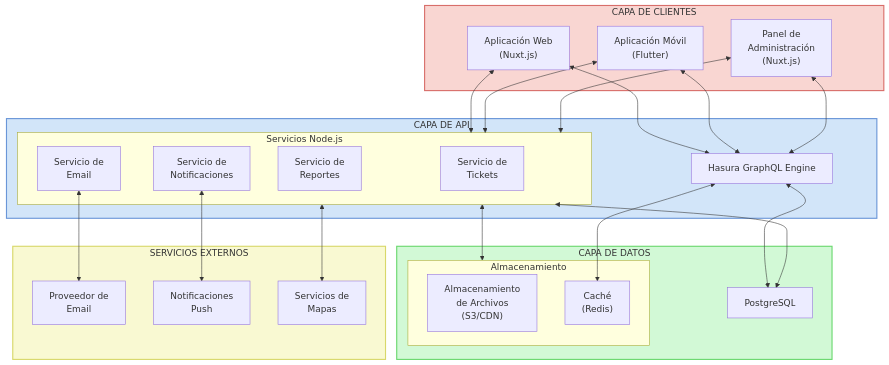
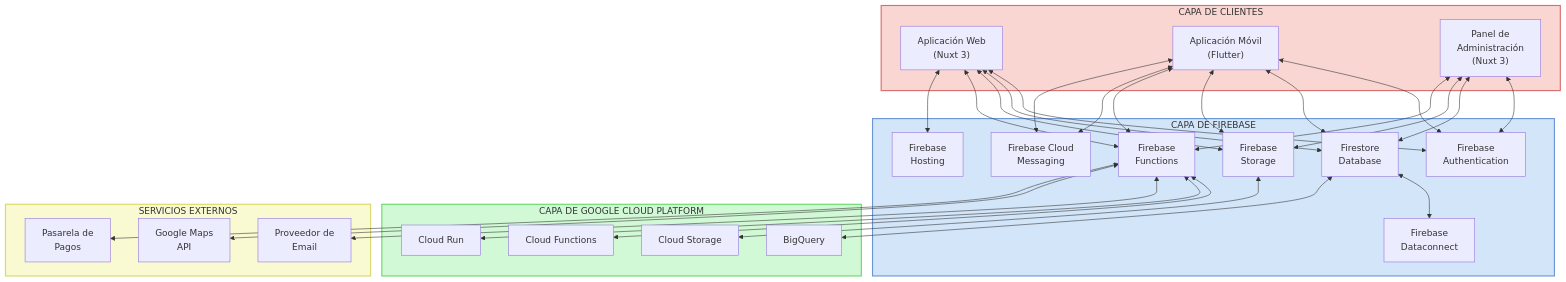
Before and after one commit to rinostrozacl/FarmaciaDescuento: the diagram in docs/implementacion/arquitectura_tecnica.md, drawn with Mermaid. The commit also changed other lines of this file and 167 other files, not shown here.

````diff
--- a/docs/implementacion/arquitectura_tecnica.md
+++ b/docs/implementacion/arquitectura_tecnica.md
@@ -33,65 +52,76 @@
 ```mermaid
 flowchart TD
     %% Definición de estilos
     classDef clientLayer fill:#f9d6d2,stroke:#d86e6a,stroke-width:2px
-    classDef apiLayer fill:#d2e5f9,stroke:#6a96d8,stroke-width:2px
-    classDef dataLayer fill:#d2f9d6,stroke:#6ad86e,stroke-width:2px
+    classDef firebaseLayer fill:#d2e5f9,stroke:#6a96d8,stroke-width:2px
+    classDef gcpLayer fill:#d2f9d6,stroke:#6ad86e,stroke-width:2px
     classDef serviceLayer fill:#f9f9d2,stroke:#d8d86a,stroke-width:2px
     
     %% Capa de Clientes
     subgraph ClientLayer["CAPA DE CLIENTES"]
-        WebApp["Aplicación Web<br>(Nuxt.js)"]
+        WebApp["Aplicación Web<br>(Nuxt 3)"]
         MobileApp["Aplicación Móvil<br>(Flutter)"]
-        AdminPanel["Panel de<br>Administración<br>(Nuxt.js)"]
+        AdminPanel["Panel de<br>Administración<br>(Nuxt 3)"]
     end
     
-    %% Capa de API
-    subgraph APILayer["CAPA DE API"]
-        HasuraEngine["Hasura GraphQL Engine"]
-        subgraph NodeServices["Servicios Node.js"]
-            TicketService["Servicio de<br>Tickets"]
-            NotificationService["Servicio de<br>Notificaciones"]
-            ReportingService["Servicio de<br>Reportes"]
-            EmailService["Servicio de<br>Email"]
-        end
+    %% Capa de Firebase
+    subgraph FirebaseLayer["CAPA DE FIREBASE"]
+        Auth["Firebase<br>Authentication"]
+        Firestore["Firestore<br>Database"]
+        Storage["Firebase<br>Storage"]
+        Functions["Firebase<br>Functions"]
+        Hosting["Firebase<br>Hosting"]
+        FCM["Firebase Cloud<br>Messaging"]
+        Dataconnect["Firebase<br>Dataconnect"]
     end
     
-    %% Capa de Datos
-    subgraph DataLayer["CAPA DE DATOS"]
-        PostgreSQL["PostgreSQL"]
-        subgraph Storage["Almacenamiento"]
-            S3["Almacenamiento<br>de Archivos<br>(S3/CDN)"]
-            Redis["Caché<br>(Redis)"]
-        end
+    %% Capa de GCP
+    subgraph GCPLayer["CAPA DE GOOGLE CLOUD PLATFORM"]
+        CloudRun["Cloud Run"]
+        CloudFunctions["Cloud Functions"]
+        BigQuery["BigQuery"]
+        CloudStorage["Cloud Storage"]
     end
     
     %% Servicios Externos
     subgraph ExternalServices["SERVICIOS EXTERNOS"]
         EmailProvider["Proveedor de<br>Email"]
-        PushNotifications["Notificaciones<br>Push"]
-        Maps["Servicios de<br>Mapas"]
+        Maps["Google Maps<br>API"]
+        PaymentGateway["Pasarela de<br>Pagos"]
     end
     
     %% Conexiones
-    WebApp <--> HasuraEngine
-    WebApp <--> NodeServices
-    MobileApp <--> HasuraEngine
-    MobileApp <--> NodeServices
-    AdminPanel <--> HasuraEngine
-    AdminPanel <--> NodeServices
+    WebApp <--> Auth
+    WebApp <--> Firestore
+    WebApp <--> Storage
+    WebApp <--> Functions
+    WebApp <--> Hosting
     
-    HasuraEngine <--> PostgreSQL
-    NodeServices <--> PostgreSQL
-    NodeServices <--> Storage
-    HasuraEngine <--> Redis
+    MobileApp <--> Auth
+    MobileApp <--> Firestore
+    MobileApp <--> Storage
+    MobileApp <--> Functions
+    MobileApp <--> FCM
     
-    NotificationService <--> PushNotifications
-    EmailService <--> EmailProvider
-    NodeServices <--> Maps
+    AdminPanel <--> Auth
+    AdminPanel <--> Firestore
+    AdminPanel <--> Storage
+    AdminPanel <--> Functions
+    
+    Firestore <--> Dataconnect
+    Functions <--> CloudFunctions
+    Functions <--> CloudRun
+    Firestore <--> BigQuery
+    Storage <--> CloudStorage
+    
+    Functions <--> EmailProvider
+    Functions <--> Maps
+    Functions <--> PaymentGateway
+    FCM <--> MobileApp
     
     %% Aplicar estilos
     class ClientLayer clientLayer
-    class APILayer apiLayer
-    class DataLayer dataLayer
+    class FirebaseLayer firebaseLayer
+    class GCPLayer gcpLayer
     class ExternalServices serviceLayer
 ```
````
